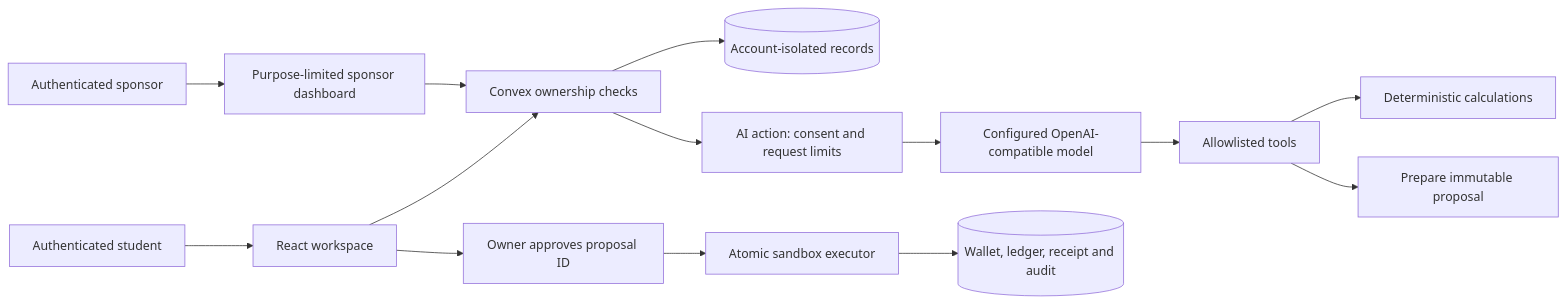
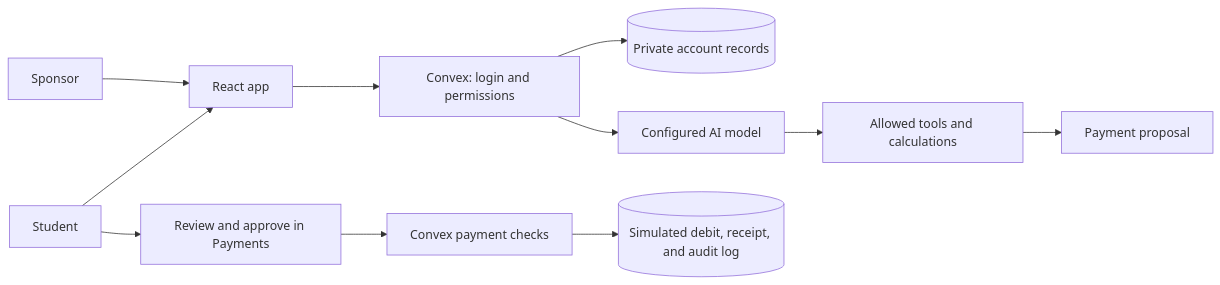
One commit to qwlp/fintech changed the diagram in docs/architecture.md. Above: the diagram before and after it, drawn with Mermaid. The commit also changed other lines of this file and 77 other files, not shown here.

````diff
--- a/docs/architecture.md
+++ b/docs/architecture.md
@@ -9,16 +7,13 @@
 ```mermaid
 flowchart LR
-  Student[Authenticated student] --> UI[React workspace]
-  Sponsor[Authenticated sponsor] --> SponsorUI[Purpose-limited sponsor dashboard]
-  UI --> Auth[Convex ownership checks]
-  SponsorUI --> Auth
-  Auth --> DB[(Account-isolated records)]
-  Auth --> Chat[AI action: consent and request limits]
-  Chat --> Model[Configured OpenAI-compatible model]
-  Model --> Tools[Allowlisted tools]
-  Tools --> Calc[Deterministic calculations]
-  Tools --> Draft[Prepare immutable proposal]
-  UI --> Approval[Owner approves proposal ID]
-  Approval --> Execute[Atomic sandbox executor]
-  Execute --> Ledger[(Wallet, ledger, receipt and audit)]
+  Student[Student] --> App[React app]
+  Sponsor[Sponsor] --> App
+  App --> Backend[Convex: login and permissions]
+  Backend --> Data[(Private account records)]
+  Backend --> Model[Configured AI model]
+  Model --> Tools[Allowed tools and calculations]
+  Tools --> Proposal[Payment proposal]
+  Student --> Review[Review and approve in Payments]
+  Review --> Send[Convex payment checks]
+  Send --> Records[(Simulated debit, receipt, and audit log)]
 ```
````
